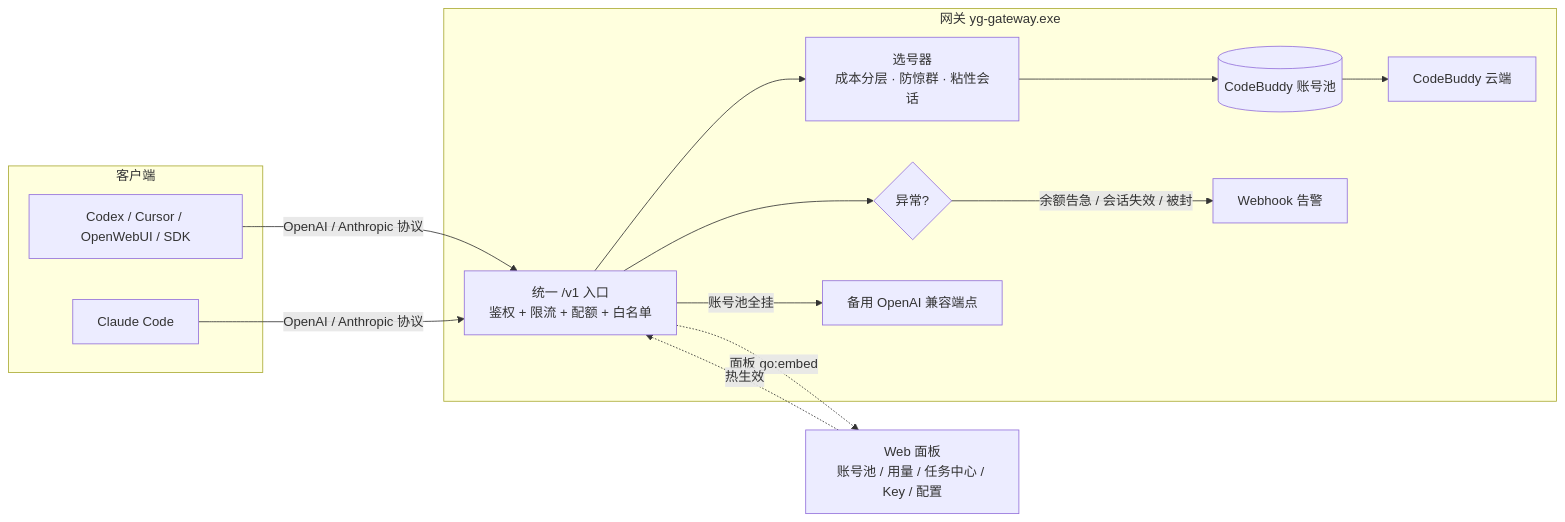
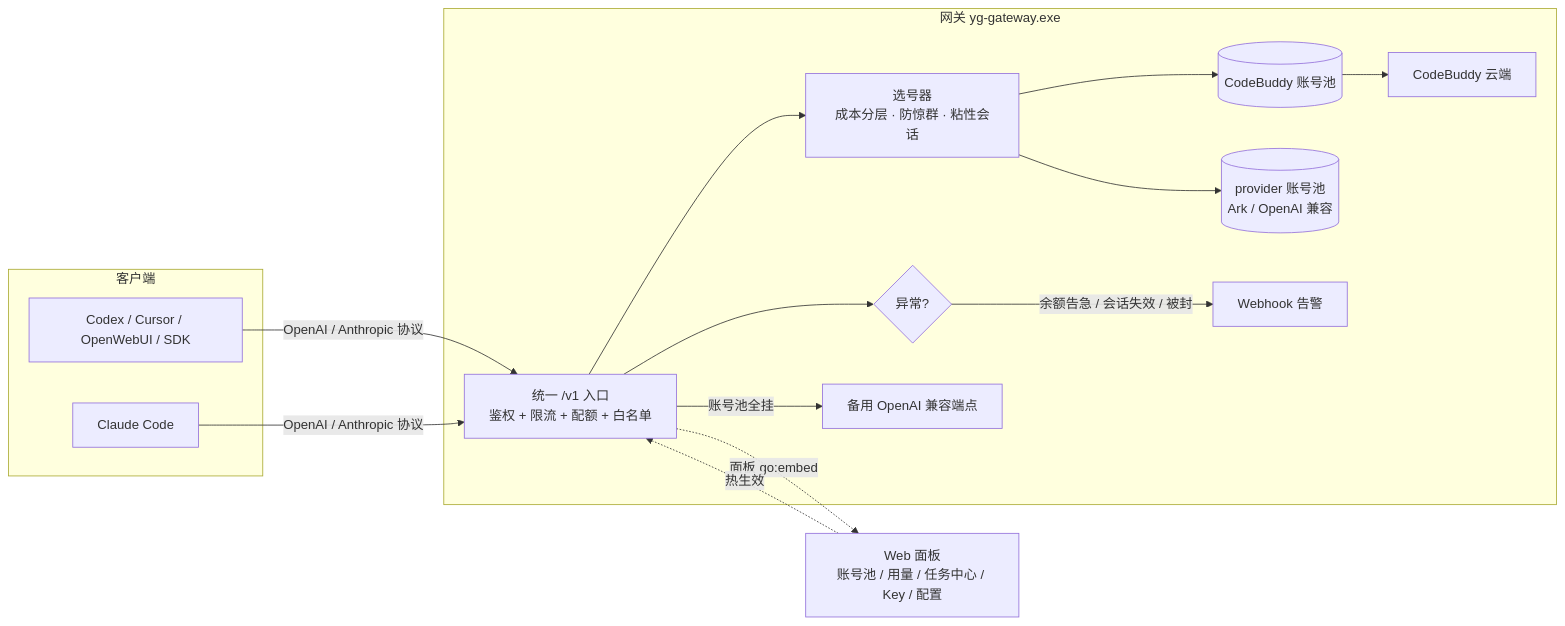
The diagram in README.md (qiuqianyi66/yg-gateway), drawn with Mermaid before and after one commit. The commit also changed other lines of this file and 1 other file, not shown here.

````diff
--- a/README.md
+++ b/README.md
@@ -143,21 +216,22 @@
 ```mermaid
 flowchart LR
     subgraph 客户端
         C1[Codex / Cursor / OpenWebUI / SDK]
         C2[Claude Code]
     end
     C1 & C2 -->|OpenAI / Anthropic 协议| GW
 
     subgraph 网关 yg-gateway.exe
         GW[统一 /v1 入口<br/>鉴权 + 限流 + 配额 + 白名单]
         GW --> PICK[选号器<br/>成本分层 · 防惊群 · 粘性会话]
         PICK --> POOL[(CodeBuddy 账号池)]
+        PICK --> PROV[(provider 账号池<br/>Ark / OpenAI 兼容)]
         POOL --> WB[CodeBuddy 云端]
         GW --> ALERT{异常?}
         ALERT -->|余额告急 / 会话失效 / 被封| WH[Webhook 告警]
         GW -->|账号池全挂| FB[备用 OpenAI 兼容端点]
     end
 
     GW -.面板 go:embed.-> PANEL[Web 面板<br/>账号池 / 用量 / 任务中心 / Key / 配置]
     PANEL -.热生效.-> GW
 ```
````
